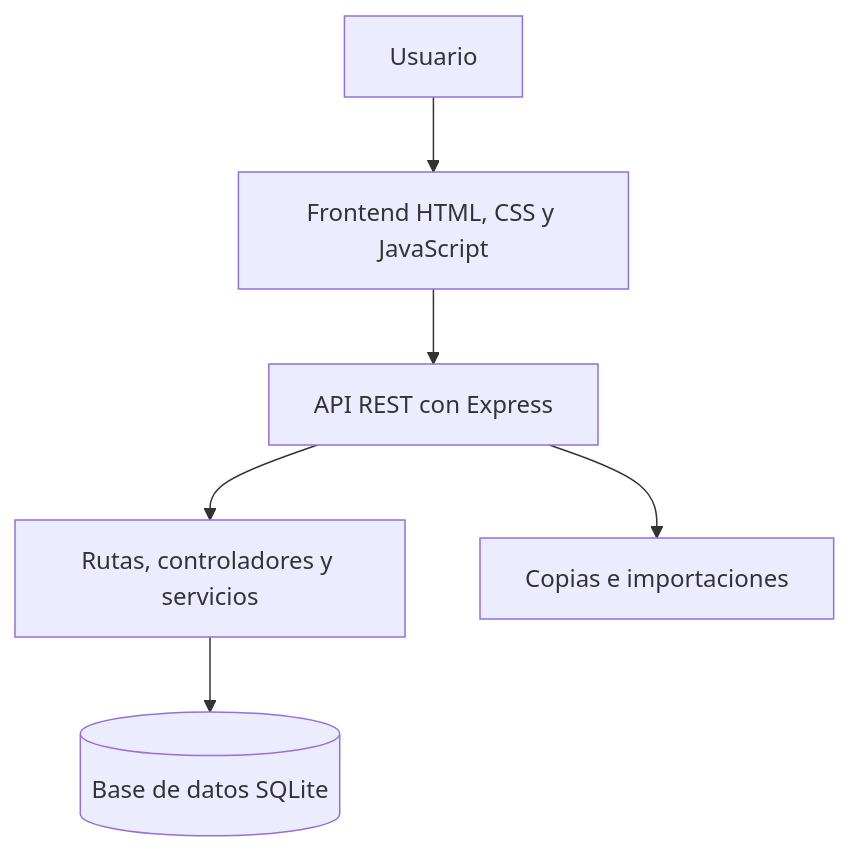
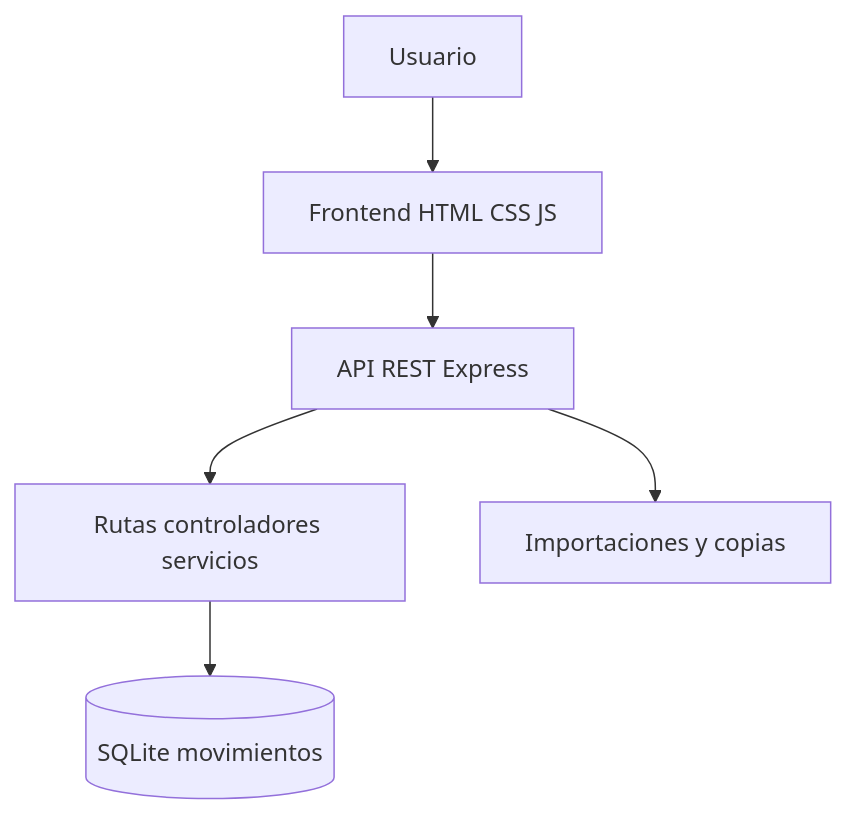
Before and after one commit to AntonioZurano/cashflow-control-case-study: the first of 3 diagrams in README.md, drawn with Mermaid. The commit also changed other lines of this file, not shown here.

````diff
--- a/README.md
+++ b/README.md
@@ -164,8 +102,8 @@
 ```mermaid
 flowchart TD
-    U["Usuario"] --> F["Frontend HTML, CSS y JavaScript"]
-    F --> A["API REST con Express"]
-    A --> C["Rutas, controladores y servicios"]
-    C --> D[("Base de datos SQLite")]
-    A --> B["Copias e importaciones"]
+    U["Usuario"] --> F["Frontend HTML CSS JS"]
+    F --> A["API REST Express"]
+    A --> C["Rutas controladores servicios"]
+    C --> D[("SQLite movimientos")]
+    A --> B["Importaciones y copias"]
 ```
````
